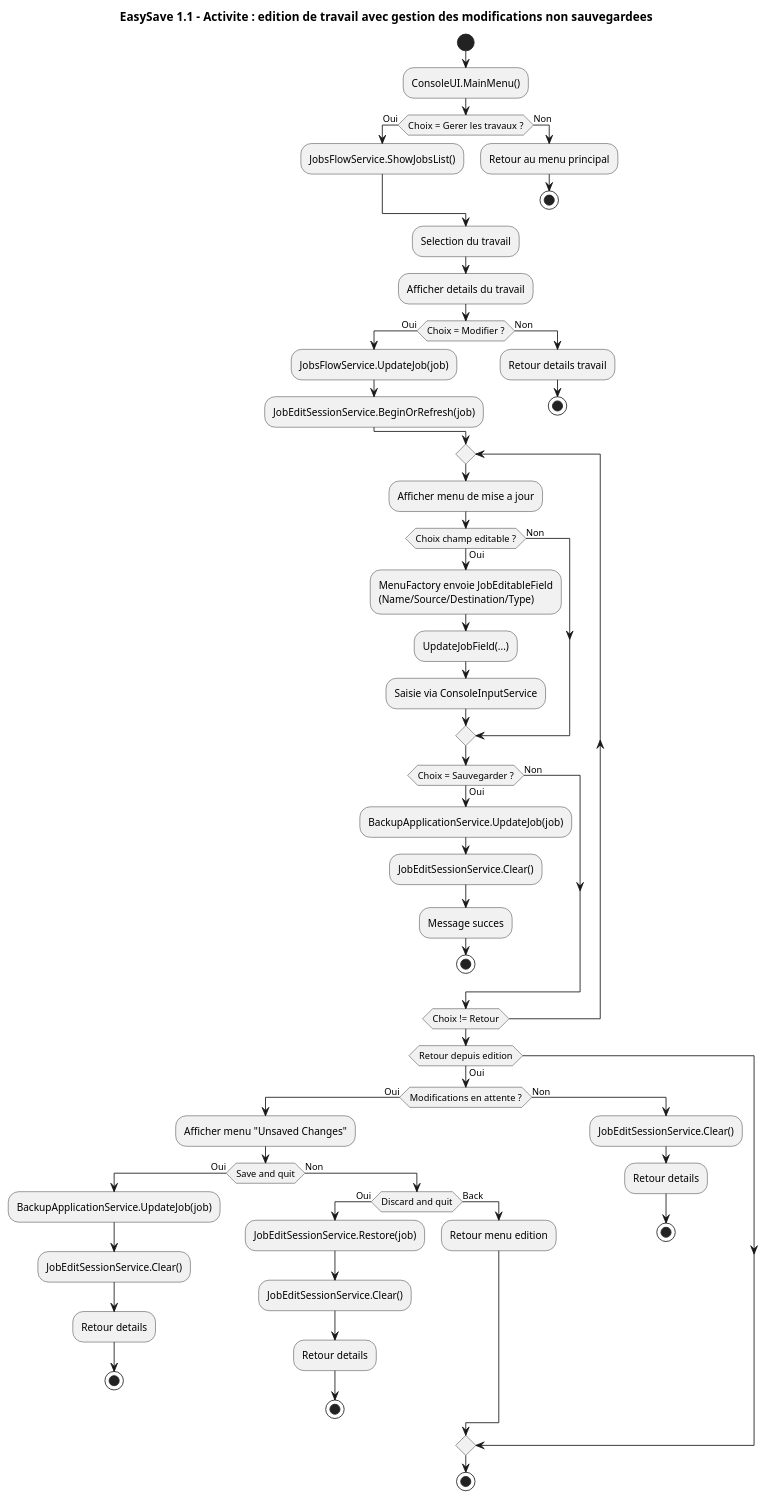
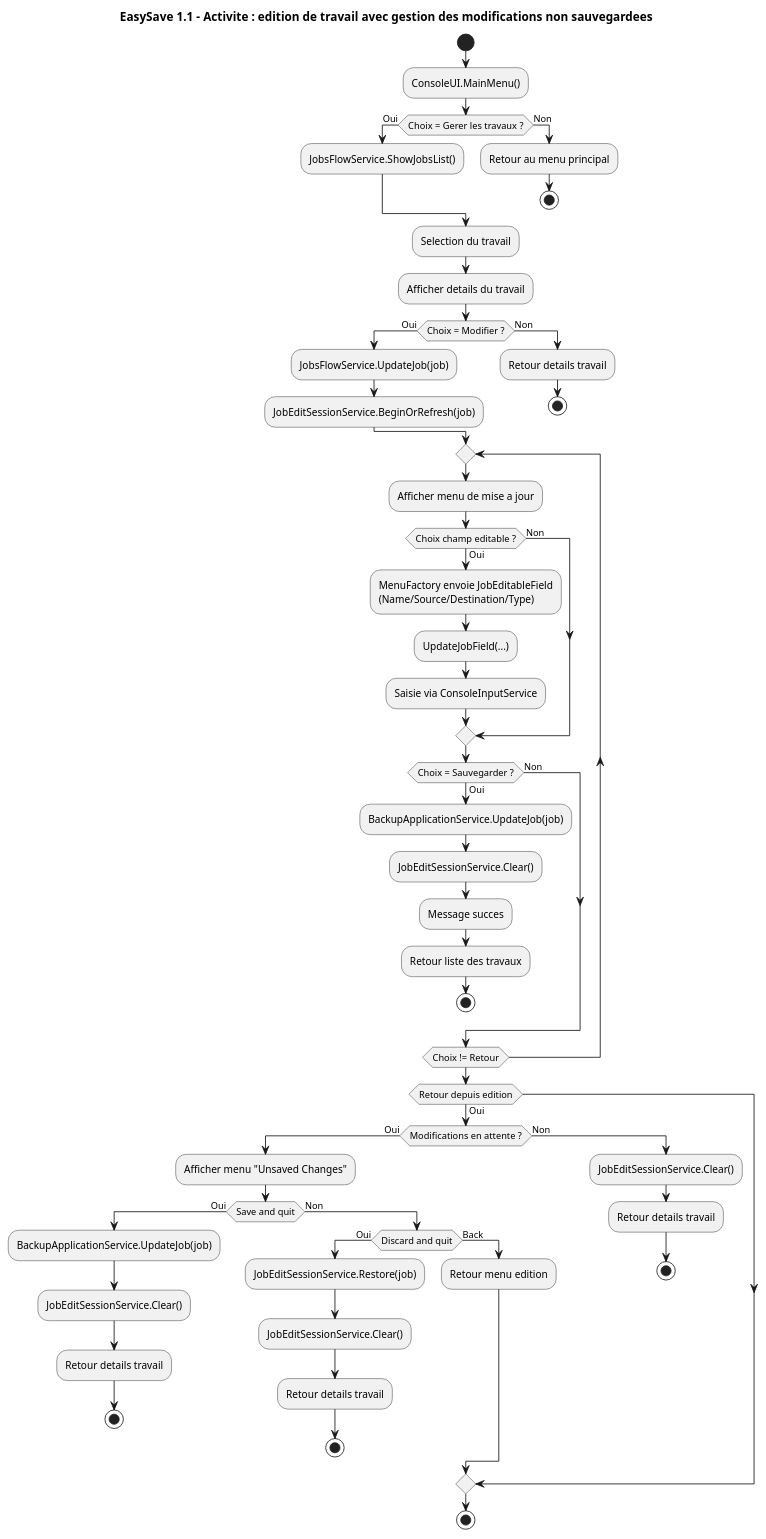
The diagram in docs/activity.puml (ant0rbtll/EasySave), drawn with PlantUML before and after one commit. The commit also changed 2 other files, not shown here.

```diff
--- a/docs/activity.puml
+++ b/docs/activity.puml
@@ -1,74 +1,74 @@
 @startuml
 title EasySave 1.1 - Activite : edition de travail avec gestion des modifications non sauvegardees
 
 start
 
 :ConsoleUI.MainMenu();
 
 if (Choix = Gerer les travaux ?) then (Oui)
   :JobsFlowService.ShowJobsList();
 else (Non)
   :Retour au menu principal;
   stop
 endif
 
 :Selection du travail;
 :Afficher details du travail;
 
 if (Choix = Modifier ?) then (Oui)
   :JobsFlowService.UpdateJob(job);
   :JobEditSessionService.BeginOrRefresh(job);
 else (Non)
   :Retour details travail;
   stop
 endif
 
 repeat
   :Afficher menu de mise a jour;
 
   if (Choix champ editable ?) then (Oui)
-    :MenuFactory envoie JobEditableField
-(Name/Source/Destination/Type);
+    :MenuFactory envoie JobEditableField\n(Name/Source/Destination/Type);
     :UpdateJobField(...);
     :Saisie via ConsoleInputService;
   else (Non)
   endif
 
   if (Choix = Sauvegarder ?) then (Oui)
     :BackupApplicationService.UpdateJob(job);
     :JobEditSessionService.Clear();
     :Message succes;
+    :Retour liste des travaux;
     stop
   else (Non)
   endif
 
 repeat while (Choix != Retour)
 
 if (Retour depuis edition) then (Oui)
   if (Modifications en attente ?) then (Oui)
     :Afficher menu "Unsaved Changes";
 
     if (Save and quit) then (Oui)
       :BackupApplicationService.UpdateJob(job);
       :JobEditSessionService.Clear();
-      :Retour details;
+      :Retour details travail;
       stop
     else (Non)
       if (Discard and quit) then (Oui)
         :JobEditSessionService.Restore(job);
         :JobEditSessionService.Clear();
-        :Retour details;
+        :Retour details travail;
         stop
       else (Back)
         :Retour menu edition;
       endif
     endif
   else (Non)
     :JobEditSessionService.Clear();
-    :Retour details;
+    :Retour details travail;
     stop
   endif
 endif
 
 stop
 @enduml
```
